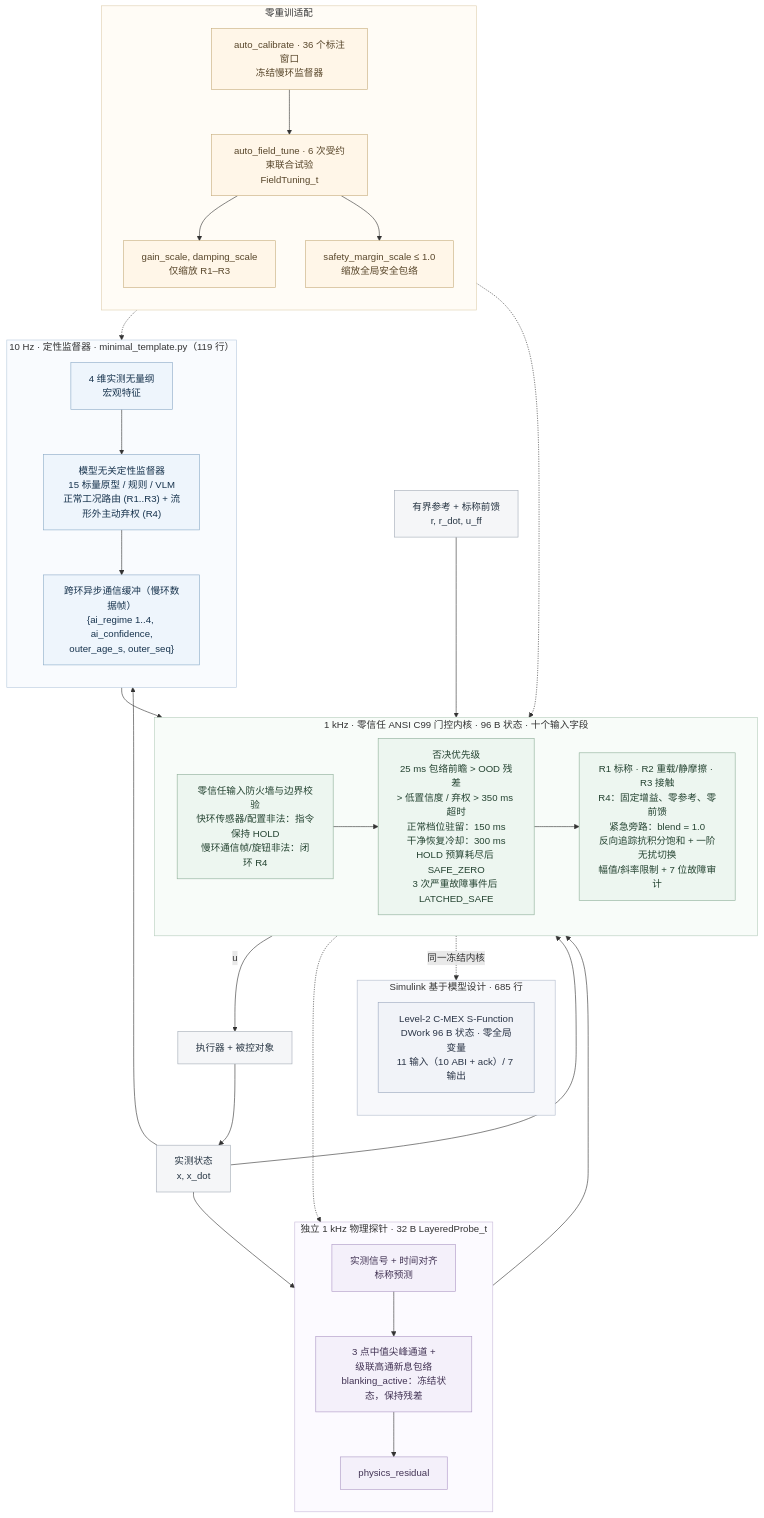
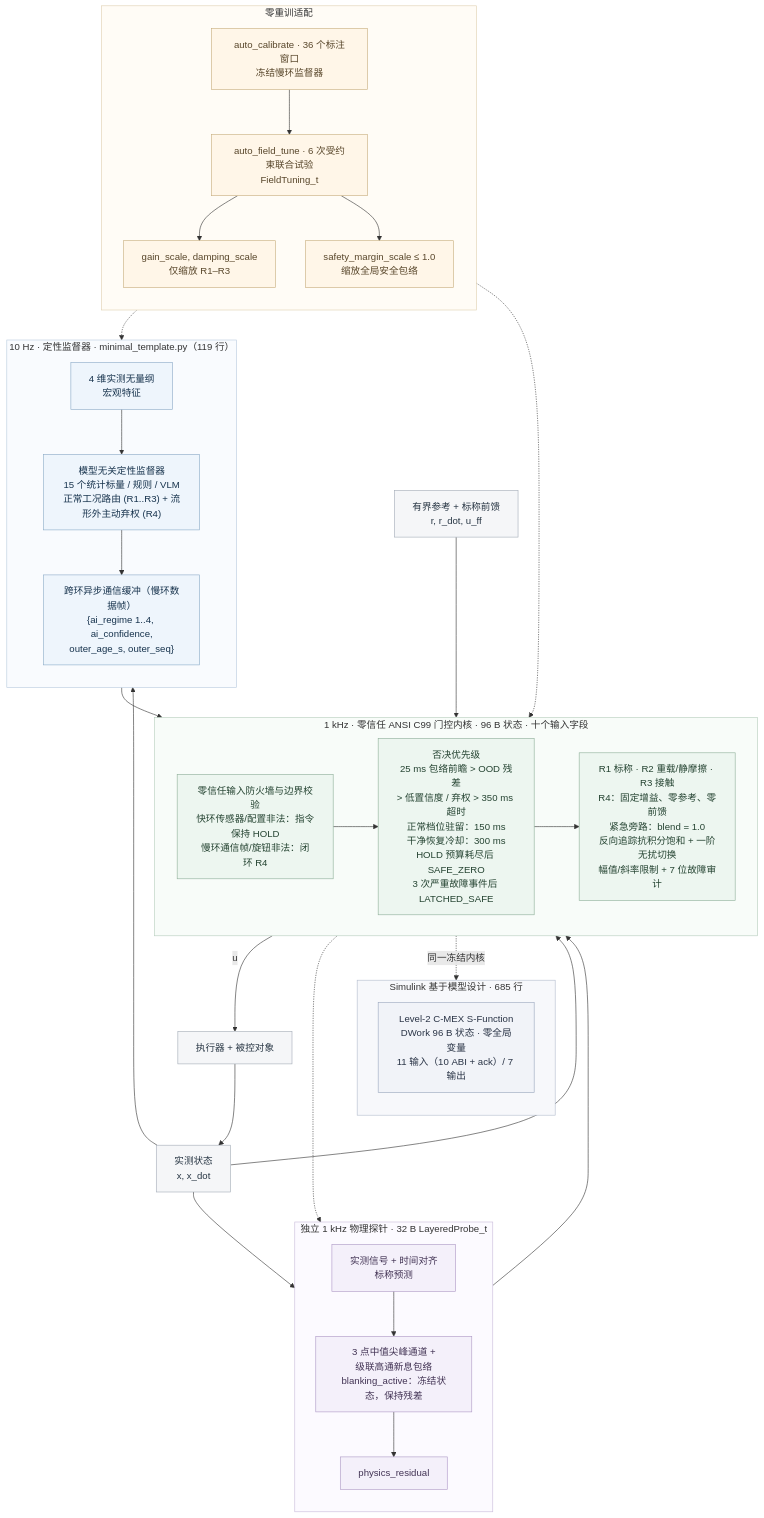
One commit to lijiawei255/ai-layered-control changed the diagram in README_zh.md. Above: the diagram before and after it, drawn with Mermaid. The commit also changed other lines of this file and 20 other files, not shown here.

````diff
--- a/README_zh.md
+++ b/README_zh.md
@@ -55,70 +55,70 @@
 ```mermaid
 flowchart TB
     subgraph slow["10 Hz · 定性监督器 · minimal_template.py（119 行）"]
         direction TB
         features["4 维实测无量纲<br/>宏观特征"]
-        supervisor["模型无关定性监督器<br/>15 标量原型 / 规则 / VLM<br/>正常工况路由 (R1..R3) + 流形外主动弃权 (R4)"]
+        supervisor["模型无关定性监督器<br/>15 个统计标量 / 规则 / VLM<br/>正常工况路由 (R1..R3) + 流形外主动弃权 (R4)"]
         mailbox["跨环异步通信缓冲（慢环数据帧）<br/>{ai_regime 1..4, ai_confidence,<br/>outer_age_s, outer_seq}"]
         features --> supervisor --> mailbox
     end
     subgraph probe["独立 1 kHz 物理探针 · 32 B LayeredProbe_t"]
         direction TB
         innovation["实测信号 + 时间对齐<br/>标称预测"]
         channels["3 点中值尖峰通道 +<br/>级联高通新息包络<br/>blanking_active：冻结状态，保持残差"]
         residual["physics_residual"]
         innovation --> channels --> residual
     end
     subgraph fast["1 kHz · 零信任 ANSI C99 门控内核 · 96 B 状态 · 十个输入字段"]
         direction LR
         firewall["零信任输入防火墙与边界校验<br/>快环传感器/配置非法：指令保持 HOLD<br/>慢环通信帧/旋钮非法：闭环 R4"]
         gates["否决优先级<br/>25 ms 包络前瞻 > OOD 残差<br/>> 低置信度 / 弃权 > 350 ms 超时<br/>正常档位驻留：150 ms<br/>干净恢复冷却：300 ms<br/>HOLD 预算耗尽后 SAFE_ZERO<br/>3 次严重故障事件后 LATCHED_SAFE"]
         bank["R1 标称 · R2 重载/静摩擦 · R3 接触<br/>R4：固定增益、零参考、零前馈<br/>紧急旁路：blend = 1.0<br/>反向追踪抗积分饱和 + 一阶无扰切换<br/>幅值/斜率限制 + 7 位故障审计"]
         firewall --> gates --> bank
     end
     subgraph mbd["Simulink 基于模型设计 · 685 行"]
         direction TB
         sfun["Level-2 C-MEX S-Function<br/>DWork 96 B 状态 · 零全局变量<br/>11 输入（10 ABI + ack）/ 7 输出"]
     end
     subgraph adapt["零重训适配"]
         direction TB
         calibrate["auto_calibrate · 36 个标注窗口<br/>冻结慢环监督器"]
         tune["auto_field_tune · 6 次受约束联合试验<br/>FieldTuning_t"]
         gains["gain_scale, damping_scale<br/>仅缩放 R1–R3"]
         margin["safety_margin_scale ≤ 1.0<br/>缩放全局安全包络"]
         calibrate --> tune
         tune --> gains
         tune --> margin
     end
     reference["有界参考 + 标称前馈<br/>r, r_dot, u_ff"]
     plant["执行器 + 被控对象"]
     sensor["实测状态<br/>x, x_dot"]
     reference --> fast
     slow --> fast
     probe --> fast
     fast -->|"u"| plant
     plant --> sensor
     sensor --> fast
     sensor --> slow
     sensor --> probe
     fast -.-> probe
     fast -.->|"同一冻结内核"| sfun
     adapt -.-> slow
     adapt -.-> fast
     classDef slowNode fill:#eef5fc,stroke:#8baac7,color:#17334d;
     classDef probeNode fill:#f4f0fa,stroke:#ad98c5,color:#423354;
     classDef coreNode fill:#edf6f0,stroke:#8eaf99,color:#244331;
     classDef adaptNode fill:#fff6e8,stroke:#c7ad7d,color:#58462a;
     classDef ioNode fill:#f5f6f8,stroke:#a4acb7,color:#283644;
     classDef mbdNode fill:#f1f3f8,stroke:#9aa7bd,color:#2a3446;
     class features,supervisor,mailbox slowNode;
     class innovation,channels,residual probeNode;
     class firewall,gates,bank coreNode;
     class calibrate,tune,gains,margin adaptNode;
     class reference,plant,sensor ioNode;
     class sfun mbdNode;
     style slow fill:#f9fbfe,stroke:#b8cbde
     style probe fill:#fcfaff,stroke:#c9bbda
     style fast fill:#f8fcf9,stroke:#b6cdbd
     style mbd fill:#f7f8fb,stroke:#b3bccd
     style adapt fill:#fffcf6,stroke:#dfcfaf
 ```
````
